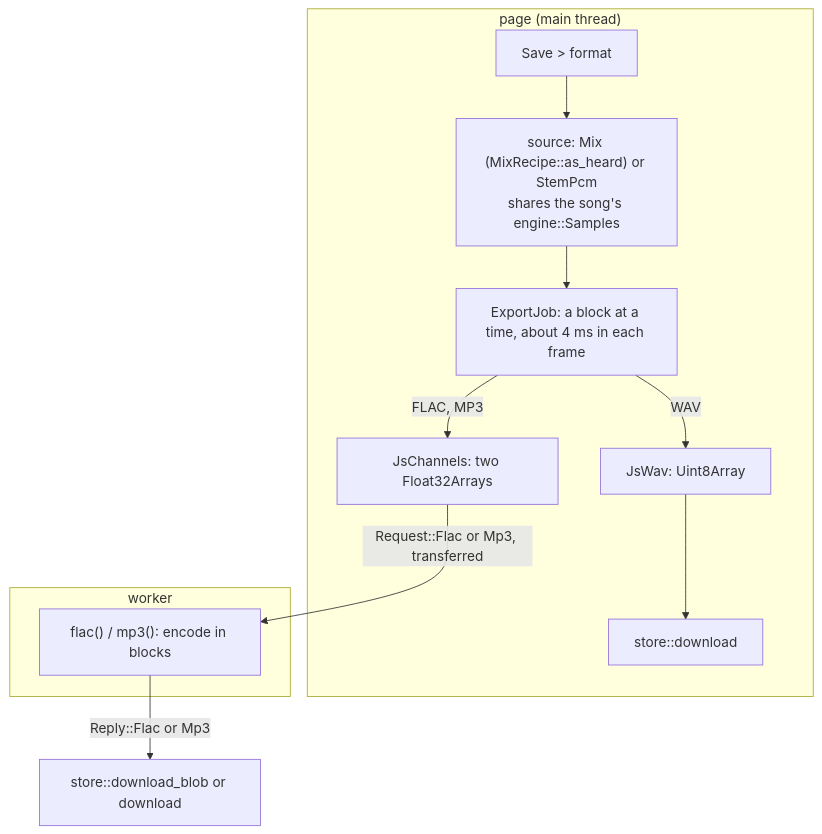
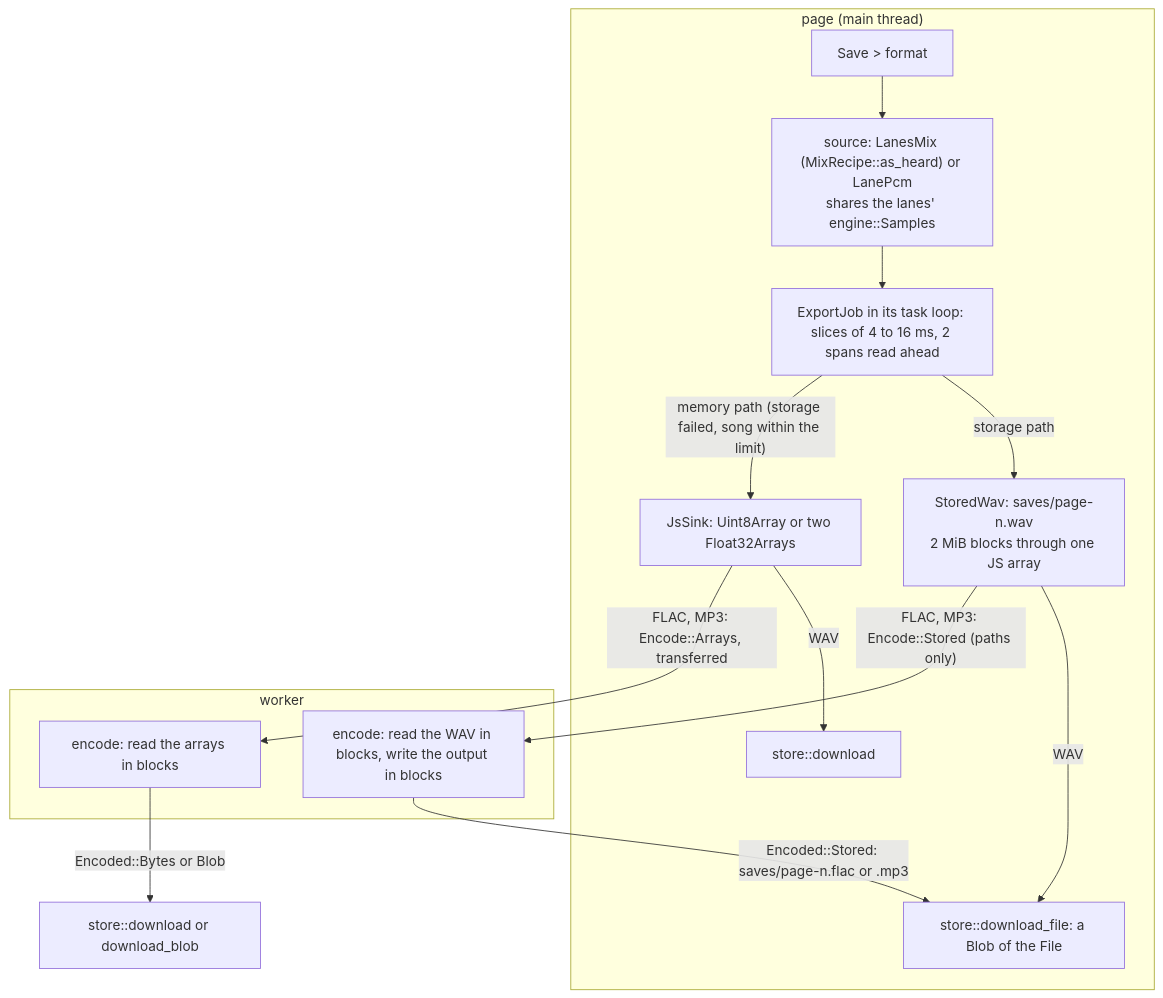
One commit to lloydmeta/stemyla changed the fifth of 5 diagrams in docs/ARCHITECTURE.md. Above: the diagram before and after it, drawn with Mermaid. The commit also changed other lines of this file and 141 other files, not shown here.

First line of the commit message:
Stream a song from browser storage, so long songs separate on an iPhone (MEM-4, TD-54) (#39)

````diff
--- a/docs/ARCHITECTURE.md
+++ b/docs/ARCHITECTURE.md
@@ -208,14 +242,19 @@
 ```mermaid
 flowchart TD
   subgraph page["page (main thread)"]
-    CLICK["Save > format"] --> SRC["source: Mix (MixRecipe::as_heard) or StemPcm<br/>shares the song's engine::Samples"]
-    SRC --> JOB["ExportJob: a block at a time, about 4 ms in each frame"]
-    JOB -->|WAV| U8["JsWav: Uint8Array"] --> DL["store::download"]
-    JOB -->|"FLAC, MP3"| F32["JsChannels: two Float32Arrays"]
+    CLICK["Save > format"] --> SRC["source: LanesMix (MixRecipe::as_heard) or LanePcm<br/>shares the lanes' engine::Samples"]
+    SRC --> JOB["ExportJob in its task loop: slices of 4 to 16 ms, 2 spans read ahead"]
+    JOB -->|"storage path"| WAV["StoredWav: saves/page-n.wav<br/>2 MiB blocks through one JS array"]
+    WAV -->|WAV| OFFER["store::download_file: a Blob of the File"]
+    JOB -->|"memory path (storage failed, song within the limit)"| JS["JsSink: Uint8Array or two Float32Arrays"]
+    JS -->|WAV| DL["store::download"]
   end
   subgraph worker["worker"]
-    ENC["flac() / mp3(): encode in blocks"]
+    ENC["encode: read the WAV in blocks, write the output in blocks"]
+    ENCM["encode: read the arrays in blocks"]
   end
-  F32 -->|"Request::Flac or Mp3, transferred"| ENC
-  ENC -->|"Reply::Flac or Mp3"| DL2["store::download_blob or download"]
+  WAV -->|"FLAC, MP3: Encode::Stored (paths only)"| ENC
+  ENC -->|"Encoded::Stored: saves/page-n.flac or .mp3"| OFFER
+  JS -->|"FLAC, MP3: Encode::Arrays, transferred"| ENCM
+  ENCM -->|"Encoded::Bytes or Blob"| DL2["store::download or download_blob"]
 ```
````
